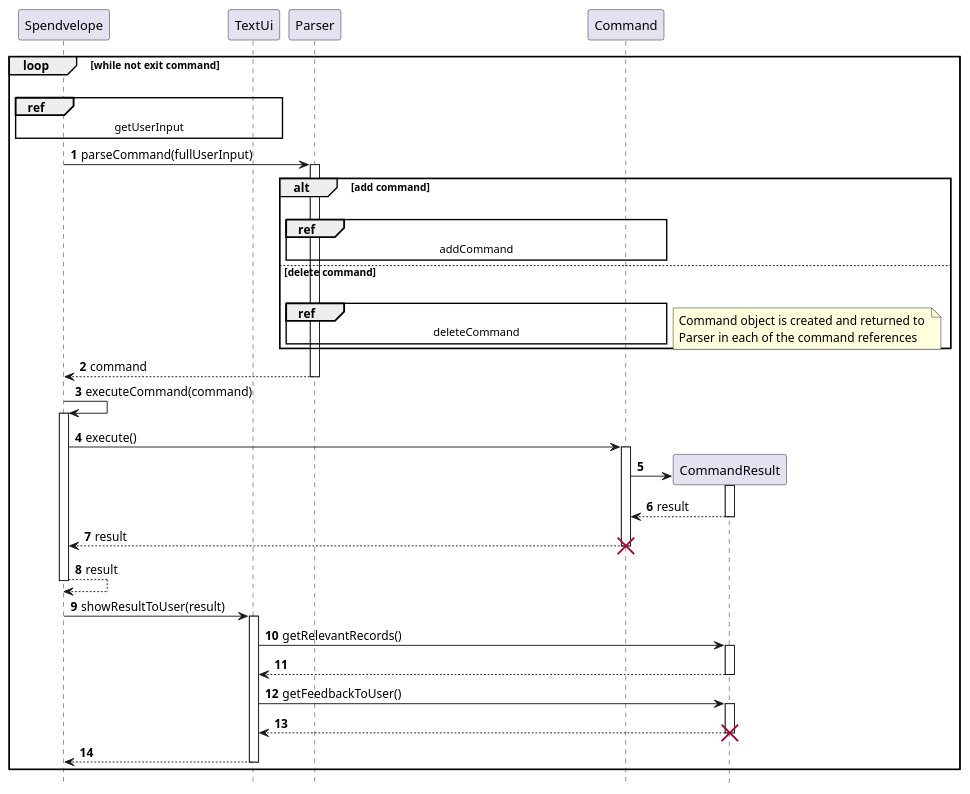
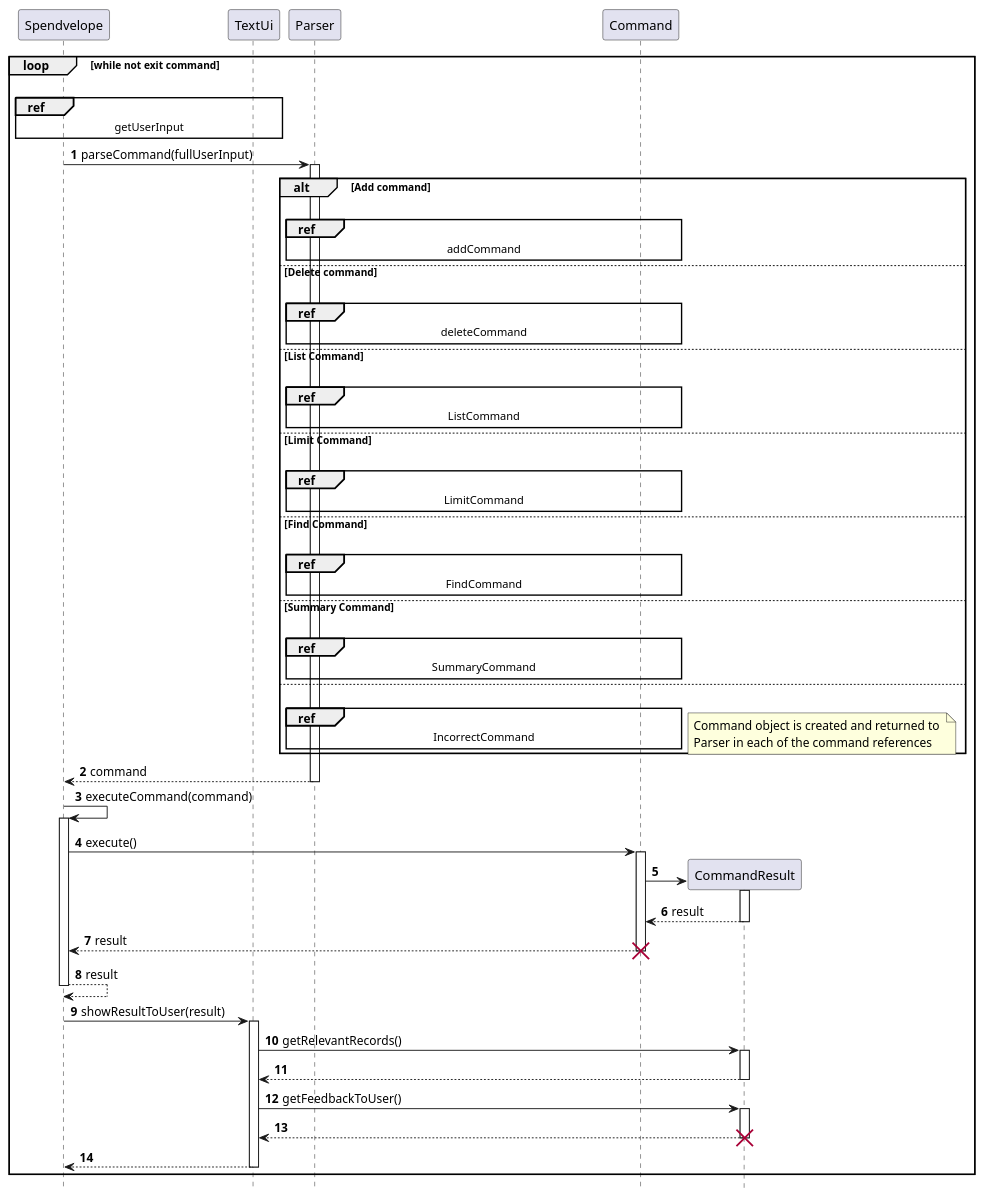
The diagram in docs/sequenceDiagrams/Spendvelope.puml (nus-cs2113-AY2122S2/tp), drawn with PlantUML before and after one commit. The commit also changed 17 other files, not shown here.

Commit message:
add sequnce diagram to DG

```diff
--- a/docs/sequenceDiagrams/Spendvelope.puml
+++ b/docs/sequenceDiagrams/Spendvelope.puml
@@ -1,41 +1,56 @@
 @startuml
 'https://plantuml.com/sequence-diagram
 
 hide footbox
 autonumber
 autoactivate on
 
 loop while not exit command
 |||
 ref over Spendvelope, TextUi: getUserInput
 
 Spendvelope -> Parser: parseCommand(fullUserInput)
-alt add command
+alt Add command
     |||
     ref over Parser, Command: addCommand
-else delete command
+else Delete command
     |||
     ref over Parser, Command: deleteCommand
+else List Command
+    |||
+    ref over Parser, Command : ListCommand
+else Limit Command
+    |||
+    ref over Parser, Command : LimitCommand
+else Find Command
+    |||
+    ref over Parser, Command : FindCommand
+else Summary Command
+    |||
+    ref over Parser, Command : SummaryCommand
+else
+    |||
+    ref over Parser, Command : IncorrectCommand
     note right: Command object is created and returned to \nParser in each of the command references
 end
 Spendvelope <-- Parser: command
 
 Spendvelope -> Spendvelope: executeCommand(command)
 Spendvelope -> Command: execute()
 Command -> CommandResult**
 Activate CommandResult
 Command <-- CommandResult:result
 Spendvelope <-- Command: result
 destroy Command
 Spendvelope --> Spendvelope: result
 
 Spendvelope -> TextUi: showResultToUser(result)
 TextUi -> CommandResult: getRelevantRecords()
 TextUi <-- CommandResult
 TextUi -> CommandResult: getFeedbackToUser()
 TextUi <-- CommandResult
 destroy CommandResult
 Spendvelope <-- TextUi
 end
 
 @enduml
```
